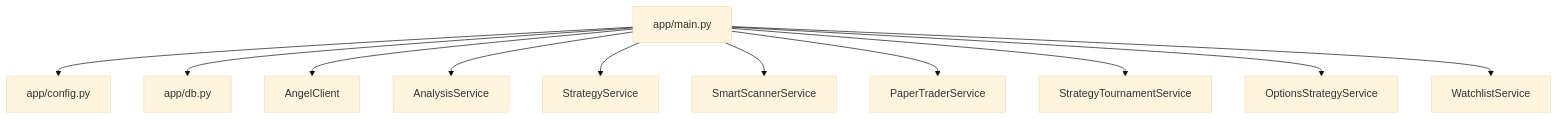
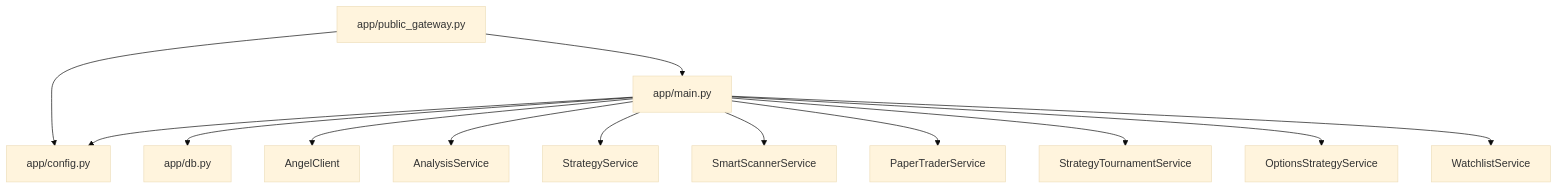
Before and after one commit to Lee12389/stockScreener: the second of 3 diagrams in docs/architecture.md, drawn with Mermaid (base theme). The commit also changed other lines of this file and 17 other files, not shown here.

Commit message:
Add public web gateway deployment split

````diff
--- a/docs/architecture.md
+++ b/docs/architecture.md
@@ -27,13 +31,15 @@
 ```mermaid
 flowchart TD
     Main["app/main.py"] --> Config["app/config.py"]
     Main --> DB["app/db.py"]
     Main --> Angel["AngelClient"]
     Main --> Analysis["AnalysisService"]
     Main --> Strategy["StrategyService"]
     Main --> Scanner["SmartScannerService"]
     Main --> Paper["PaperTraderService"]
     Main --> Tournament["StrategyTournamentService"]
     Main --> Options["OptionsStrategyService"]
     Main --> Watchlist["WatchlistService"]
+    Gateway["app/public_gateway.py"] --> Config
+    Gateway --> Main
 ```
````
